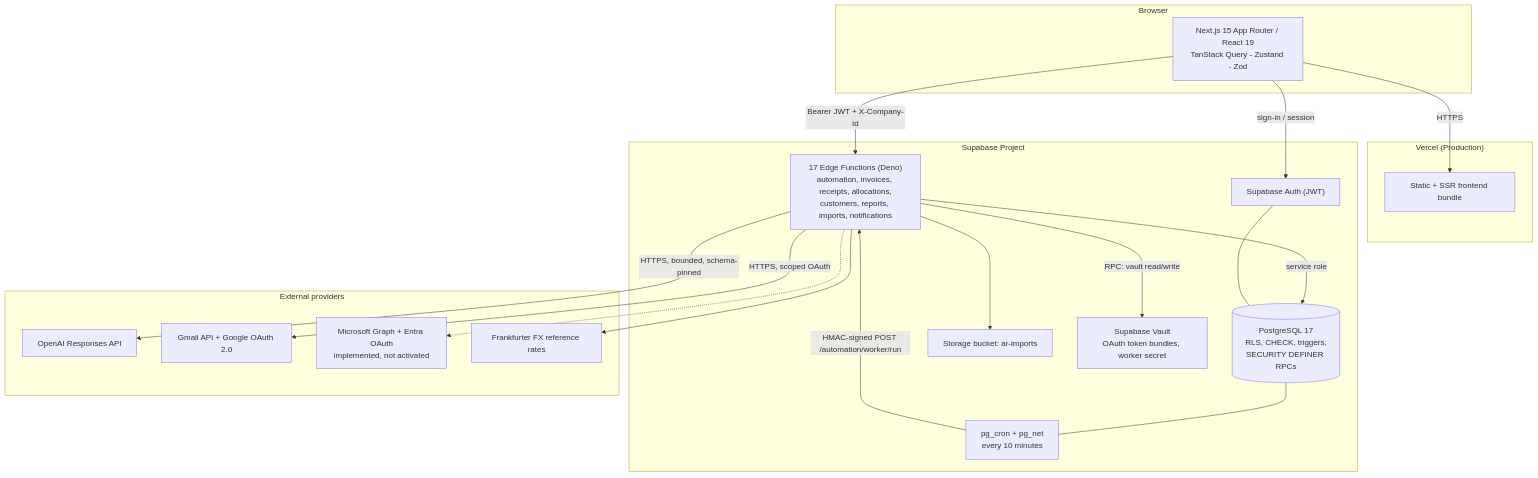
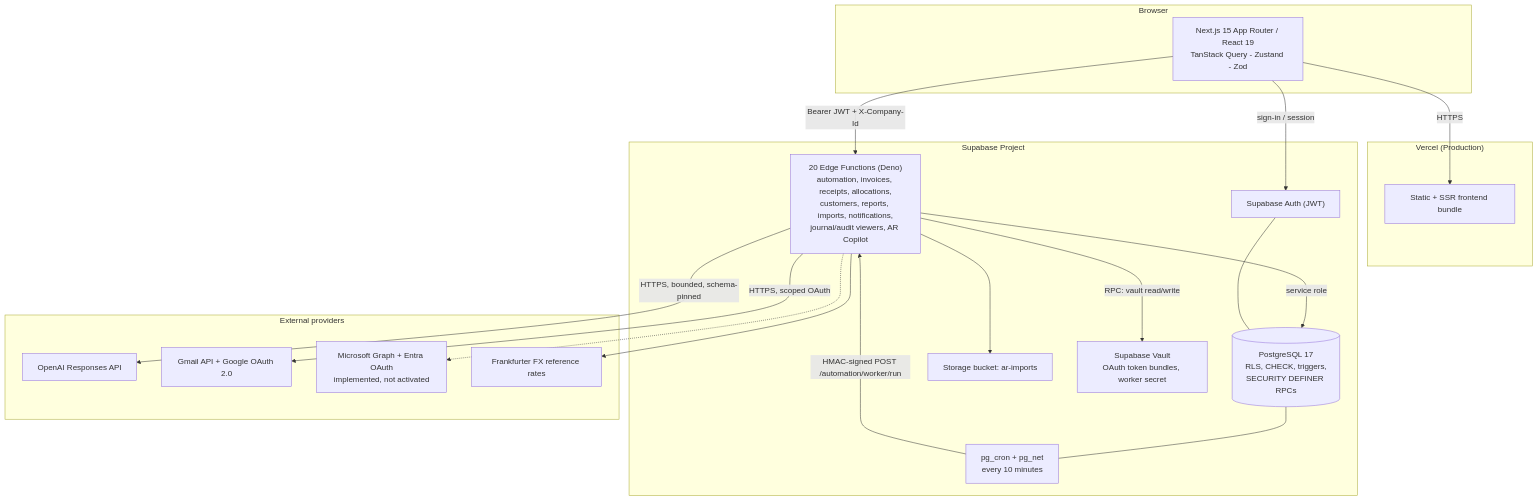
One commit to TIME-00/AI---Account-Receivable-AR-Module changed the first of 16 diagrams in docs/system/COMPLETE_SYSTEM_OVERVIEW.md. Above: the diagram before and after it, drawn with Mermaid. The commit also changed other lines of this file and 1 other file, not shown here.

Commit message:
docs(copilot): record production rollout

````diff
--- a/docs/system/COMPLETE_SYSTEM_OVERVIEW.md
+++ b/docs/system/COMPLETE_SYSTEM_OVERVIEW.md
@@ -310,40 +310,40 @@
 ```mermaid
 flowchart TB
   subgraph Client["Browser"]
     UI["Next.js 15 App Router / React 19<br/>TanStack Query - Zustand - Zod"]
   end
 
   subgraph Vercel["Vercel (Production)"]
     FE["Static + SSR frontend bundle"]
   end
 
   subgraph Supabase["Supabase Project"]
     AUTH["Supabase Auth (JWT)"]
-    EDGE["17 Edge Functions (Deno)<br/>automation, invoices, receipts, allocations,<br/>customers, reports, imports, notifications"]
+    EDGE["20 Edge Functions (Deno)<br/>automation, invoices, receipts, allocations,<br/>customers, reports, imports, notifications,<br/>journal/audit viewers, AR Copilot"]
     DB[("PostgreSQL 17<br/>RLS, CHECK, triggers,<br/>SECURITY DEFINER RPCs")]
     ST["Storage bucket: ar-imports"]
     VAULT["Supabase Vault<br/>OAuth token bundles, worker secret"]
     CRON["pg_cron + pg_net<br/>every 10 minutes"]
   end
 
   subgraph Providers["External providers"]
     OA["OpenAI Responses API"]
     GM["Gmail API + Google OAuth 2.0"]
     MS["Microsoft Graph + Entra OAuth<br/>implemented, not activated"]
     FX["Frankfurter FX reference rates"]
   end
 
   UI -->|HTTPS| FE
   UI -->|"Bearer JWT + X-Company-Id"| EDGE
   UI -->|"sign-in / session"| AUTH
   EDGE -->|service role| DB
   EDGE --> ST
   EDGE -->|"RPC: vault read/write"| VAULT
   EDGE -->|"HTTPS, bounded, schema-pinned"| OA
   EDGE -->|"HTTPS, scoped OAuth"| GM
   EDGE -.-> MS
   EDGE --> FX
   CRON -->|"HMAC-signed POST /automation/worker/run"| EDGE
   DB --- CRON
   AUTH --- DB
 ```
````
